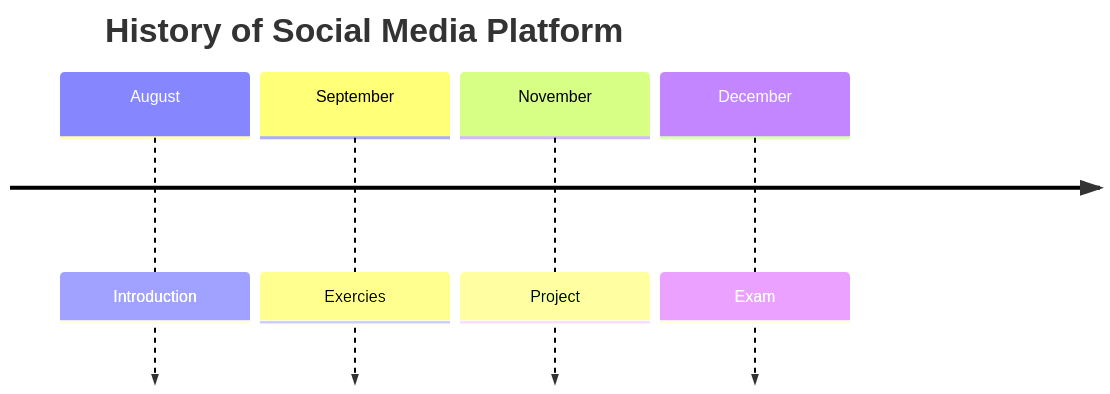
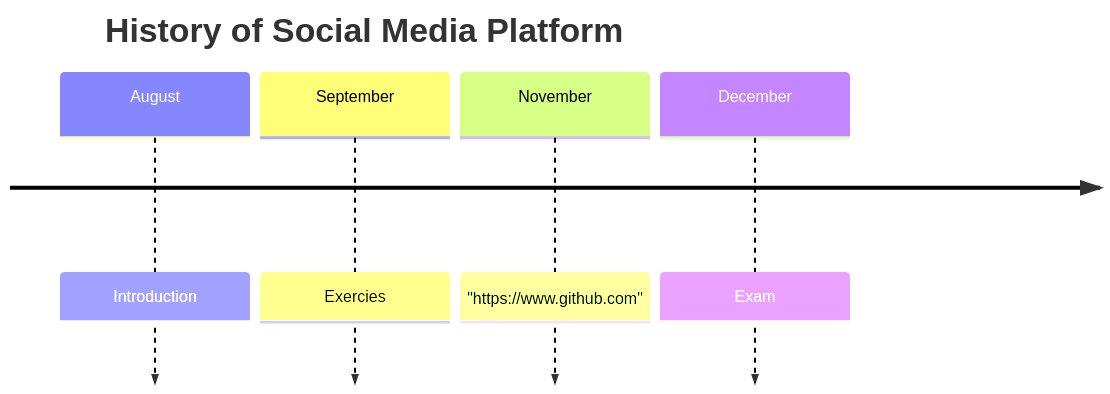
One commit to fys4220/test changed the diagram in README.md. Above: the diagram before and after it, drawn with Mermaid.

````diff
--- a/README.md
+++ b/README.md
@@ -4,8 +4,8 @@
 ```mermaid
 timeline
     title History of Social Media Platform
     August : Introduction
     September : Exercies
-    November : Project
+    November : "https://www.github.com"
     December : Exam
 ```
````
